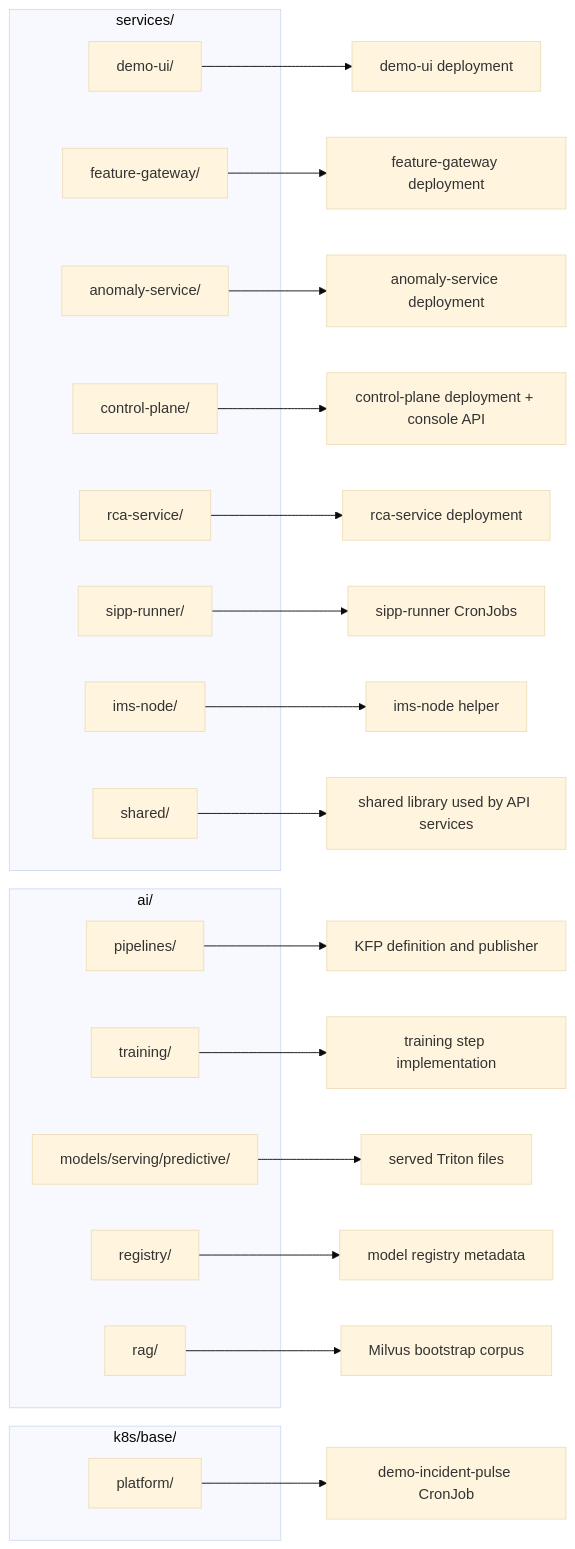
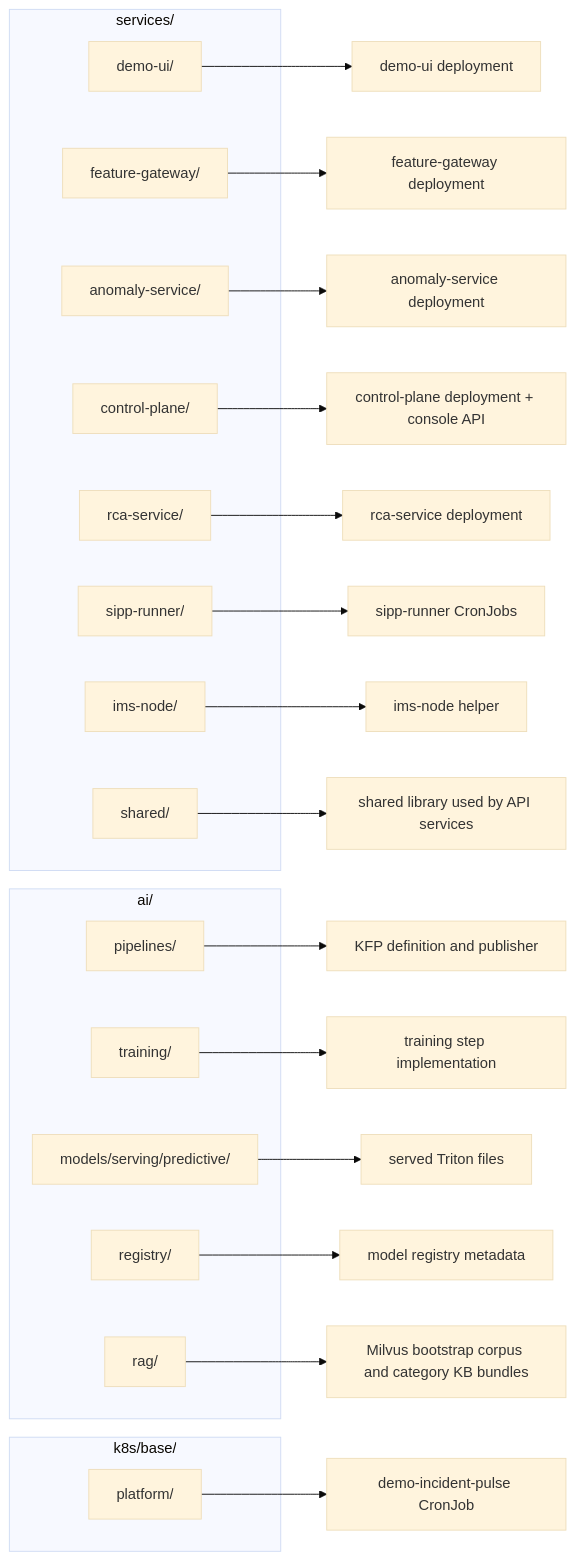
The fifth of 6 diagrams in docs/architecture/engineering-spec.md (rh-telco-tigers/Autonomous-Network-Intelligence-Anomaly-Detection-with-Red-Hat-OpenShift-AI), drawn with Mermaid (base theme) before and after one commit. The commit also changed other lines of this file and 17 other files, not shown here.

First line of the commit message:
add category-based Milvus knowledge articles for incident workflows

````diff
--- a/docs/architecture/engineering-spec.md
+++ b/docs/architecture/engineering-spec.md
@@ -229,41 +229,41 @@
 ```mermaid
 flowchart LR
   subgraph Services["services/"]
     DemoUIDir["demo-ui/"]
     FeatureDir["feature-gateway/"]
     AnomalyDir["anomaly-service/"]
     ControlDir["control-plane/"]
     RCADir["rca-service/"]
     SIPPDir["sipp-runner/"]
     IMSNodeDir["ims-node/"]
     SharedDir["shared/"]
   end
 
   subgraph AI["ai/"]
     PipelinesDir["pipelines/"]
     TrainingDir["training/"]
     ModelsDir["models/serving/predictive/"]
     RegistryDir["registry/"]
     RagDir["rag/"]
   end
 
   subgraph Manifests["k8s/base/"]
     PlatformDir["platform/"]
   end
 
   DemoUIDir --> DemoUIRun["demo-ui deployment"]
   FeatureDir --> FeatureRun["feature-gateway deployment"]
   AnomalyDir --> AnomalyRun["anomaly-service deployment"]
   ControlDir --> ControlRun["control-plane deployment + console API"]
   RCADir --> RCARun["rca-service deployment"]
   SIPPDir --> SIPPRun["sipp-runner CronJobs"]
   IMSNodeDir --> IMSNodeRun["ims-node helper"]
   SharedDir --> SharedUse["shared library used by API services"]
   PlatformDir --> PulseRun["demo-incident-pulse CronJob"]
 
   PipelinesDir --> KFPDef["KFP definition and publisher"]
   TrainingDir --> TrainSteps["training step implementation"]
   ModelsDir --> TritonFiles["served Triton files"]
   RegistryDir --> RegistryMeta["model registry metadata"]
-  RagDir --> RagCorpus["Milvus bootstrap corpus"]
+  RagDir --> RagCorpus["Milvus bootstrap corpus and category KB bundles"]
 ```
````
